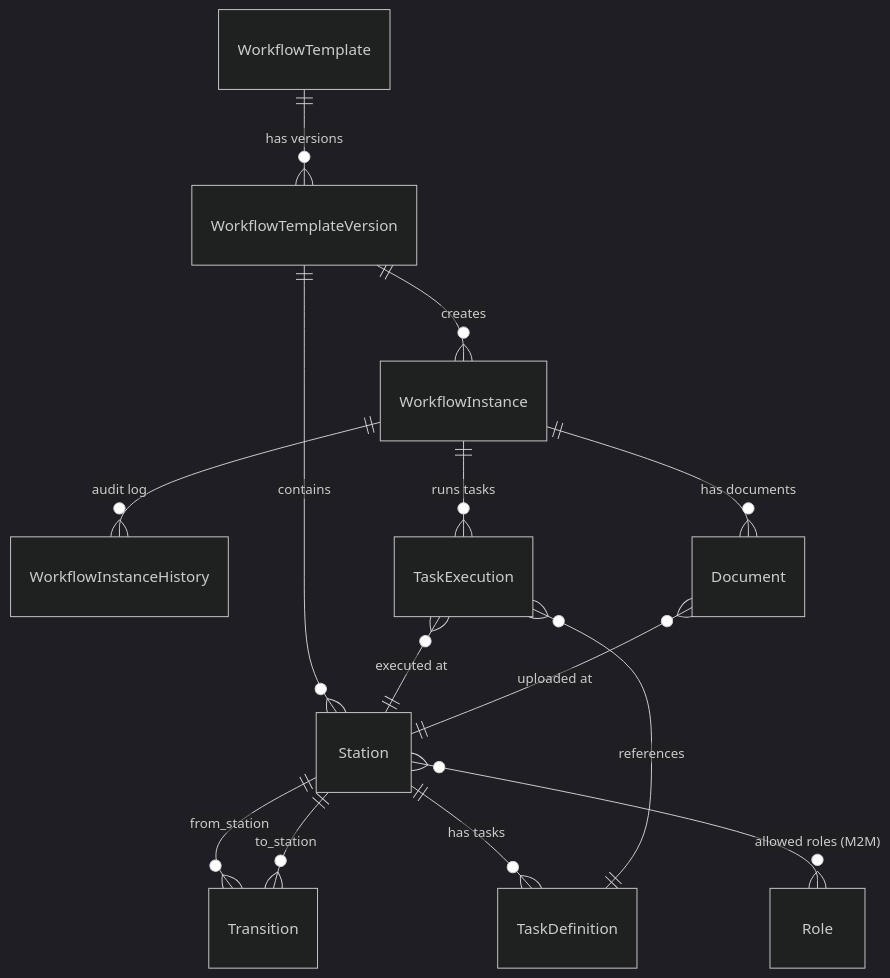
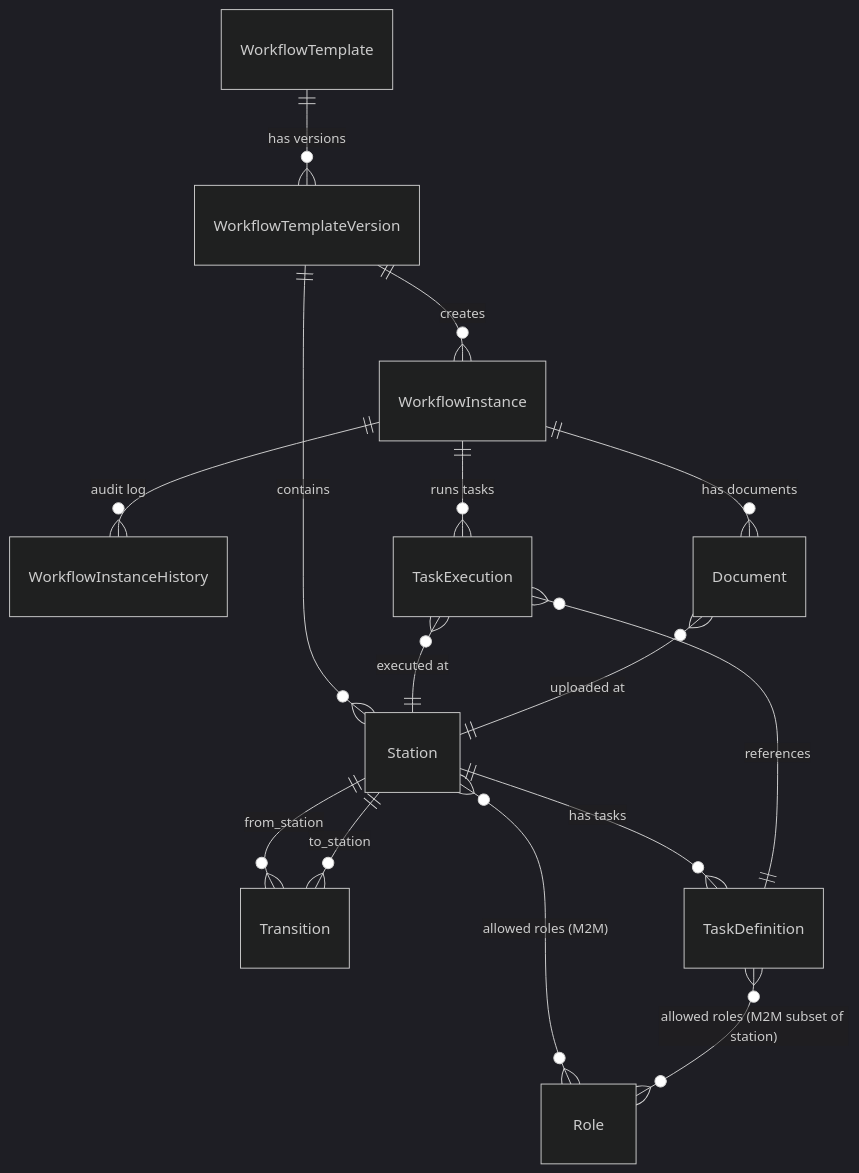
Before and after one commit to shreyash-sharma-byte/workflow-management-system: the diagram in ORM-Design.md, drawn with Mermaid (dark theme). The commit also changed other lines of this file and 53 other files, not shown here.

````diff
--- a/ORM-Design.md
+++ b/ORM-Design.md
@@ -8,16 +8,17 @@
 ```mermaid
 erDiagram
     WorkflowTemplate ||--o{ WorkflowTemplateVersion : "has versions"
     WorkflowTemplateVersion ||--o{ Station : "contains"
     WorkflowTemplateVersion ||--o{ WorkflowInstance : "creates"
     Station ||--o{ Transition : "from_station"
     Station ||--o{ Transition : "to_station"
     Station ||--o{ TaskDefinition : "has tasks"
     Station }o--o{ Role : "allowed roles (M2M)"
+    TaskDefinition }o--o{ Role : "allowed roles (M2M subset of station)"
     WorkflowInstance ||--o{ WorkflowInstanceHistory : "audit log"
     WorkflowInstance ||--o{ TaskExecution : "runs tasks"
     WorkflowInstance ||--o{ Document : "has documents"
     TaskExecution }o--|| TaskDefinition : "references"
     TaskExecution }o--|| Station : "executed at"
     Document }o--|| Station : "uploaded at"
 ```
````
